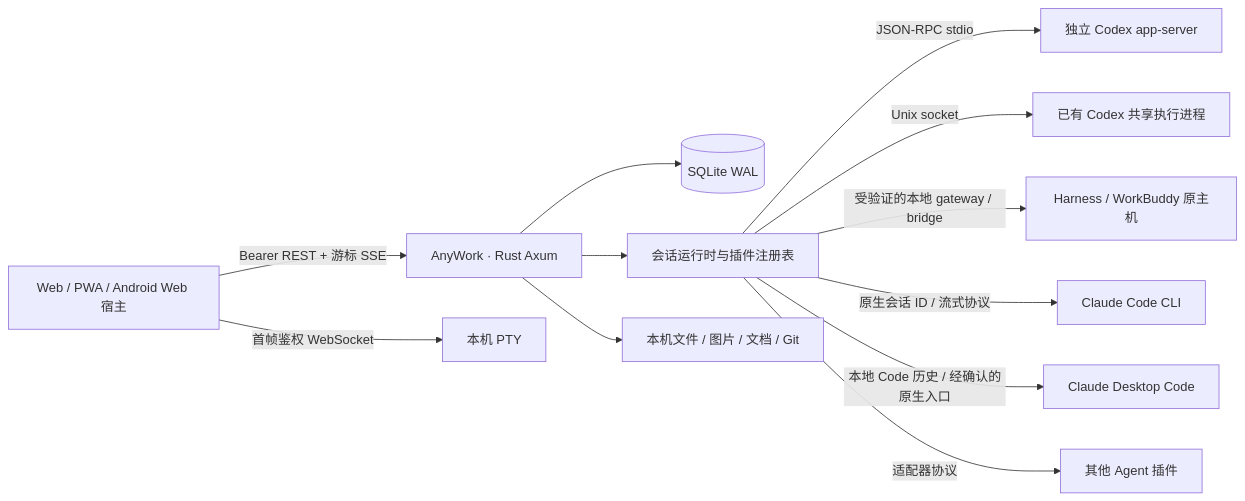
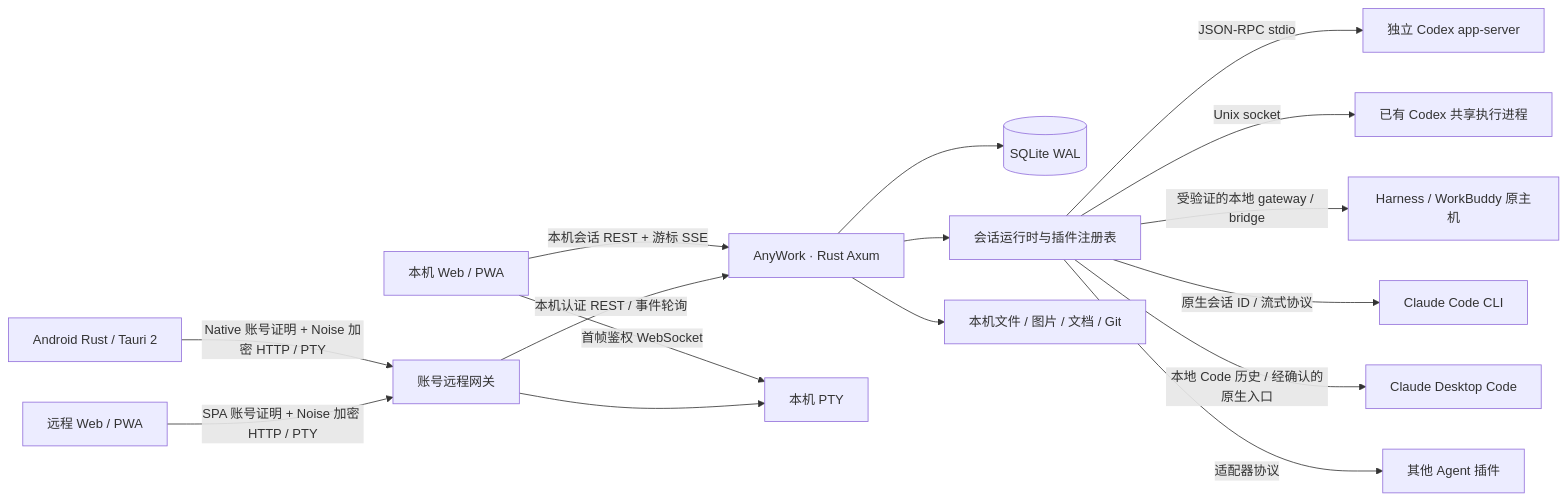
Before and after one commit to ywateru/AnyWork: the diagram in docs/architecture.md, drawn with Mermaid. The commit also changed other lines of this file and 5 other files, not shown here.

Commit message:
docs: align Android guides with native client reconstruction

````diff
--- a/docs/architecture.md
+++ b/docs/architecture.md
@@ -5,14 +5,18 @@
 ```mermaid
 flowchart LR
-  W[Web / PWA / Android Web 宿主] -->|Bearer REST + 游标 SSE| H[AnyWork · Rust Axum]
+  W[本机 Web / PWA] -->|本机会话 REST + 游标 SSE| H[AnyWork · Rust Axum]
   W -->|首帧鉴权 WebSocket| T[本机 PTY]
+  M[Android Rust / Tauri 2] -->|Native 账号证明 + Noise 加密 HTTP / PTY| N[账号远程网关]
+  B[远程 Web / PWA] -->|SPA 账号证明 + Noise 加密 HTTP / PTY| N
+  N -->|本机认证 REST / 事件轮询| H
+  N --> T
   H --> D[(SQLite WAL)]
   H --> R[会话运行时与插件注册表]
   R -->|JSON-RPC stdio| C[独立 Codex app-server]
   R -->|Unix socket| S[已有 Codex 共享执行进程]
   R -->|受验证的本地 gateway / bridge| G[Harness / WorkBuddy 原主机]
   R -->|原生会话 ID / 流式协议| CC[Claude Code CLI]
   R -->|本地 Code 历史 / 经确认的原生入口| CD[Claude Desktop Code]
   R -->|适配器协议| P[其他 Agent 插件]
   H --> F[本机文件 / 图片 / 文档 / Git]
 ```
````
